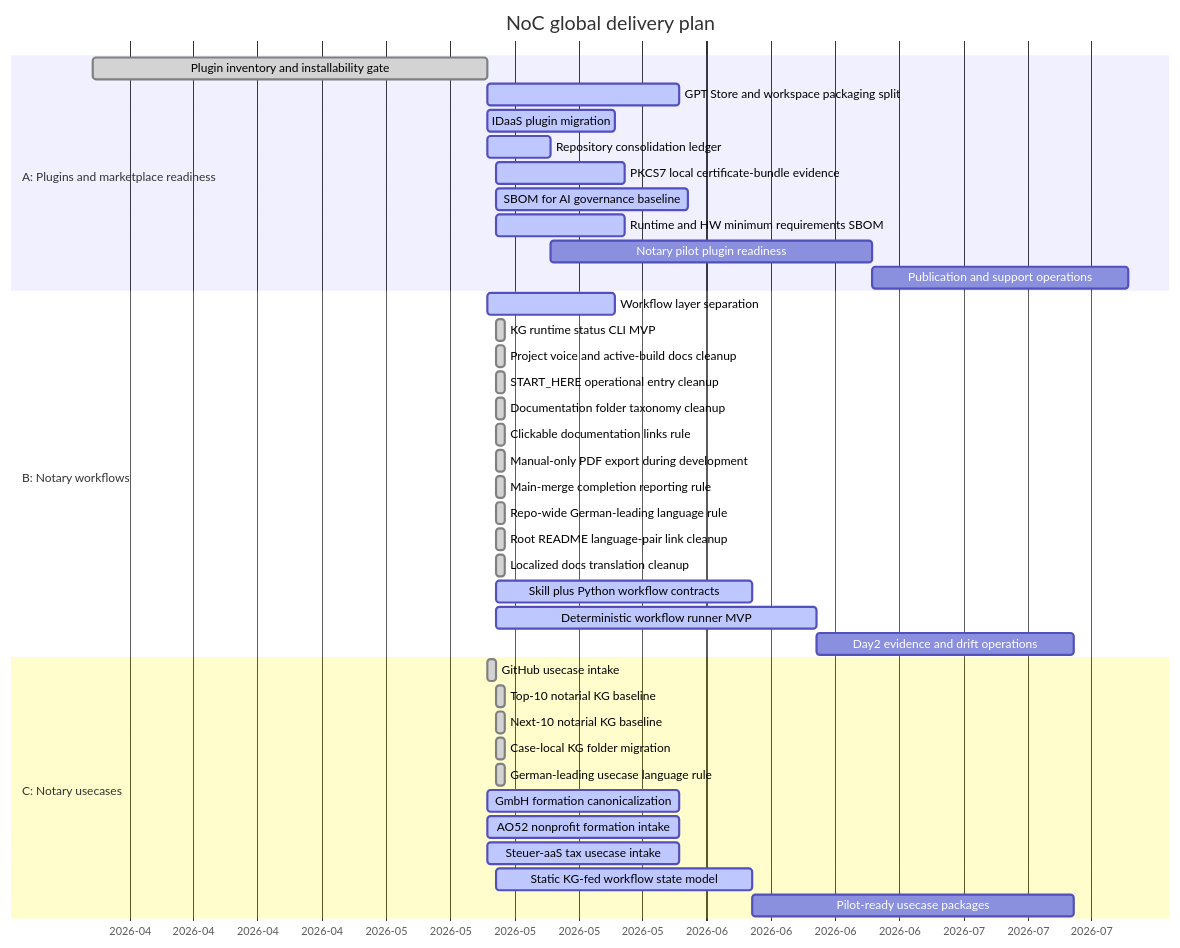
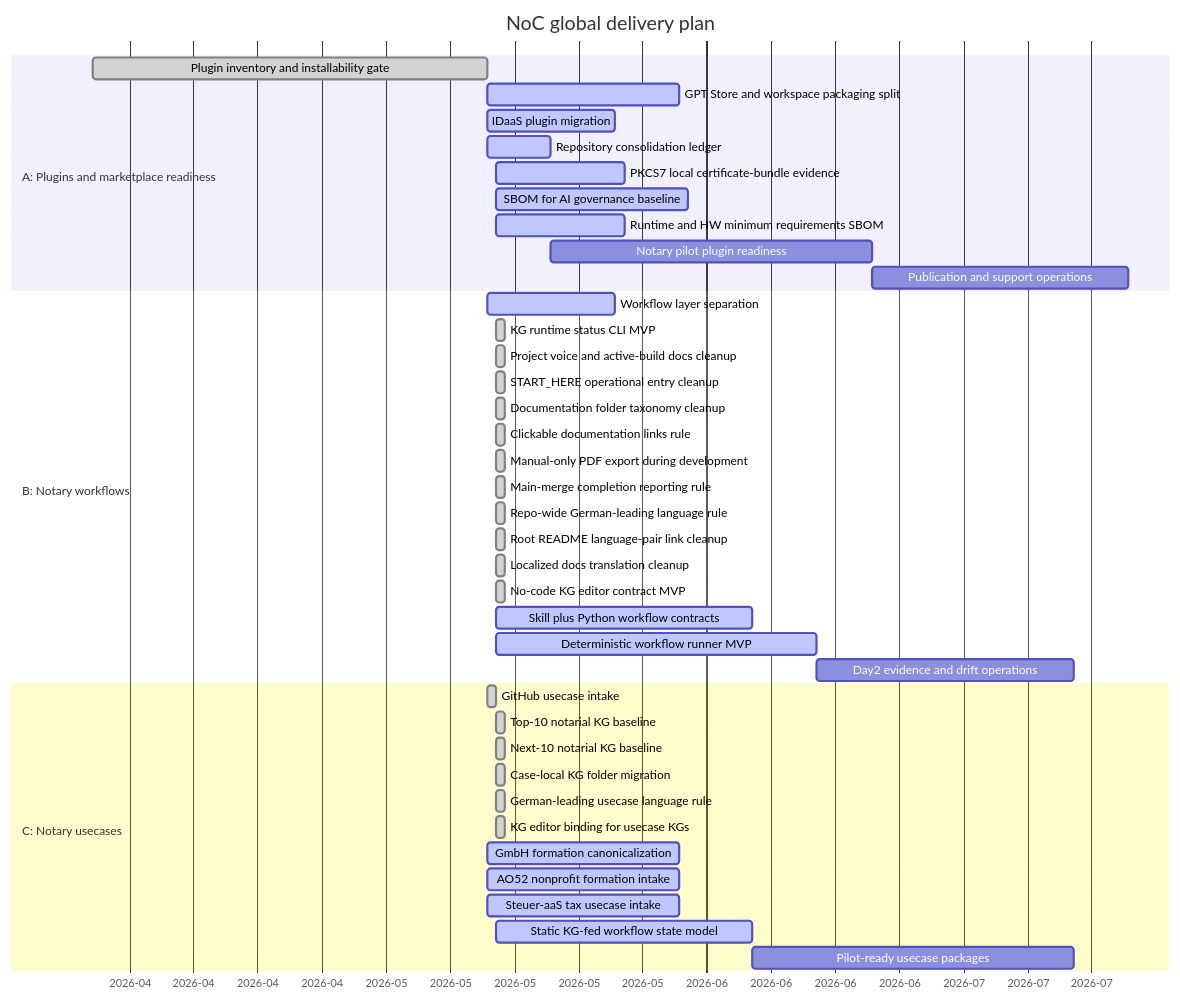
Before and after one commit to notariat8/NaC: the diagram in roadmap/GANTT.md, drawn with Mermaid. The commit also changed other lines of this file and 18 other files, not shown here.

Commit message:
Add no-code KG editor workstream

````diff
--- a/roadmap/GANTT.md
+++ b/roadmap/GANTT.md
@@ -12,45 +12,47 @@
 ```mermaid
 gantt
     title NoC global delivery plan
     dateFormat  YYYY-MM-DD
     axisFormat  %Y-%m
 
     section A: Plugins and marketplace readiness
     Plugin inventory and installability gate     :done,    a1, 2026-04-01, 2026-05-14
     GPT Store and workspace packaging split      :active,  a2, 2026-05-14, 21d
     IDaaS plugin migration                       :active,  a3, 2026-05-14, 14d
     Repository consolidation ledger              :active,  a4, 2026-05-14, 7d
     PKCS7 local certificate-bundle evidence      :active,  a4a, 2026-05-15, 14d
     SBOM for AI governance baseline              :active,  a4b, 2026-05-15, 21d
     Runtime and HW minimum requirements SBOM     :active,  a4c, 2026-05-15, 14d
     Notary pilot plugin readiness                :         a5, after a4, 35d
     Publication and support operations           :         a6, after a5, 28d
 
     section B: Notary workflows
     Workflow layer separation                    :active,  b1, 2026-05-14, 14d
     KG runtime status CLI MVP                    :done,    b1a, 2026-05-15, 1d
     Project voice and active-build docs cleanup  :done,    b1b, 2026-05-15, 1d
     START_HERE operational entry cleanup         :done,    b1c, 2026-05-15, 1d
     Documentation folder taxonomy cleanup        :done,    b1d, 2026-05-15, 1d
     Clickable documentation links rule           :done,    b1e, 2026-05-15, 1d
     Manual-only PDF export during development    :done,    b1f, 2026-05-15, 1d
     Main-merge completion reporting rule         :done,    b1g, 2026-05-15, 1d
     Repo-wide German-leading language rule       :done,    b1h, 2026-05-15, 1d
     Root README language-pair link cleanup       :done,    b1i, 2026-05-15, 1d
     Localized docs translation cleanup           :done,    b1j, 2026-05-15, 1d
+    No-code KG editor contract MVP              :done,    b1k, 2026-05-15, 1d
     Skill plus Python workflow contracts         :active,  b2, 2026-05-15, 28d
     Deterministic workflow runner MVP            :active,  b3, 2026-05-15, 35d
     Day2 evidence and drift operations           :         b4, after b3, 28d
 
     section C: Notary usecases
     GitHub usecase intake                        :done,    c1, 2026-05-14, 1d
     Top-10 notarial KG baseline                  :done,    c2, 2026-05-15, 1d
     Next-10 notarial KG baseline                 :done,    c3, 2026-05-15, 1d
     Case-local KG folder migration               :done,    c3a, 2026-05-15, 1d
     German-leading usecase language rule         :done,    c3b, 2026-05-15, 1d
+    KG editor binding for usecase KGs            :done,    c3c, 2026-05-15, 1d
     GmbH formation canonicalization              :active,  c4, 2026-05-14, 21d
     AO52 nonprofit formation intake              :active,  c5, 2026-05-14, 21d
     Steuer-aaS tax usecase intake                :active,  c6, 2026-05-14, 21d
     Static KG-fed workflow state model           :active,  c7, 2026-05-15, 28d
     Pilot-ready usecase packages                 :         c8, after c7, 35d
 ```
````
